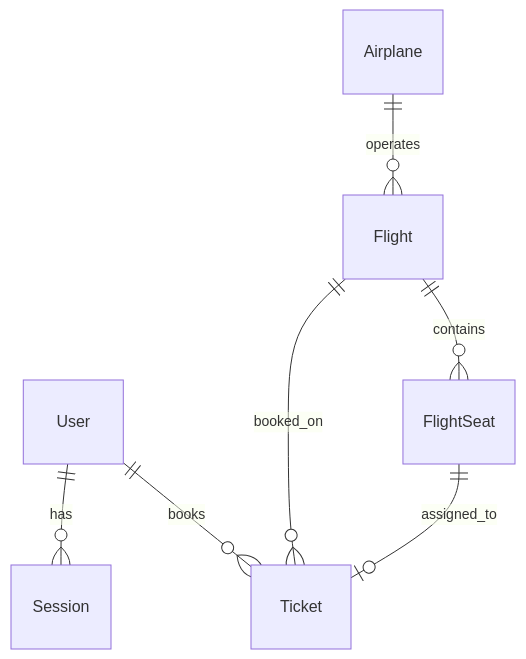
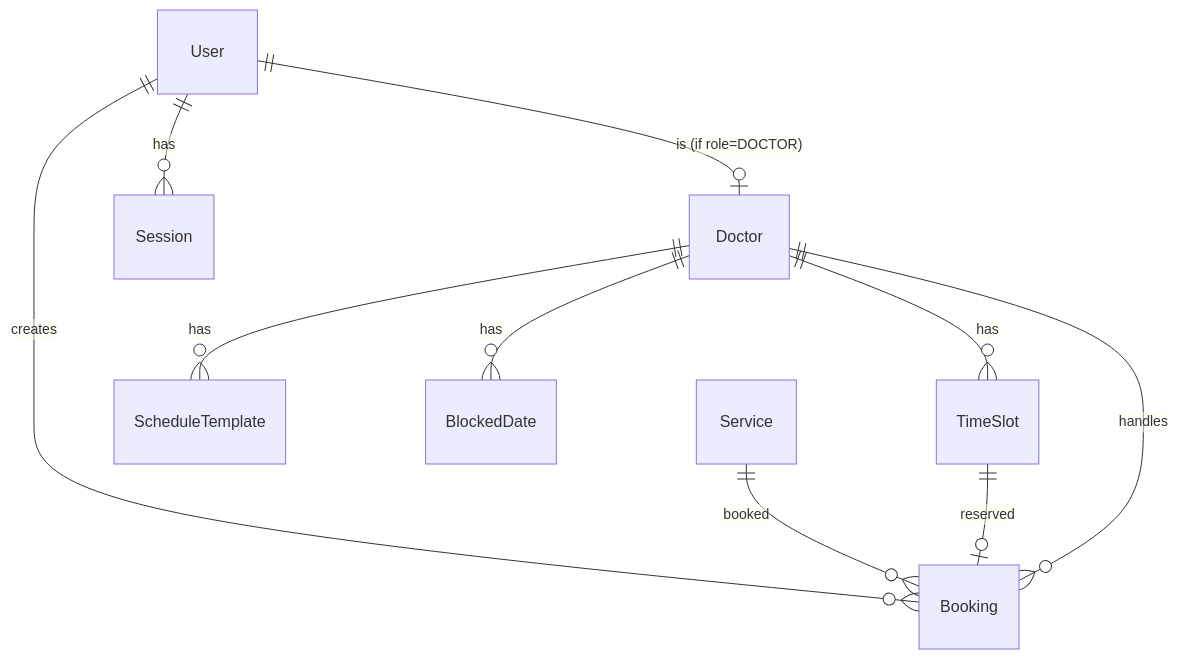
Before and after one commit to agamlatiff/booking-ticket: the diagram in documentation/architecture.md, drawn with Mermaid. The commit also changed other lines of this file and 46 other files, not shown here.

````diff
--- a/documentation/architecture.md
+++ b/documentation/architecture.md
@@ -207,9 +367,15 @@
 ```mermaid
 erDiagram
-    User ||--o{ Ticket : books
+    User ||--o{ Booking : creates
     User ||--o{ Session : has
-    Flight ||--o{ FlightSeat : contains
-    Flight ||--o{ Ticket : booked_on
-    Airplane ||--o{ Flight : operates
-    FlightSeat ||--o| Ticket : assigned_to
+    User ||--o| Doctor : "is (if role=DOCTOR)"
+
+    Doctor ||--o{ ScheduleTemplate : has
+    Doctor ||--o{ BlockedDate : has
+    Doctor ||--o{ TimeSlot : has
+    Doctor ||--o{ Booking : handles
+
+    Service ||--o{ Booking : booked
+
+    TimeSlot ||--o| Booking : reserved
 ```
````
